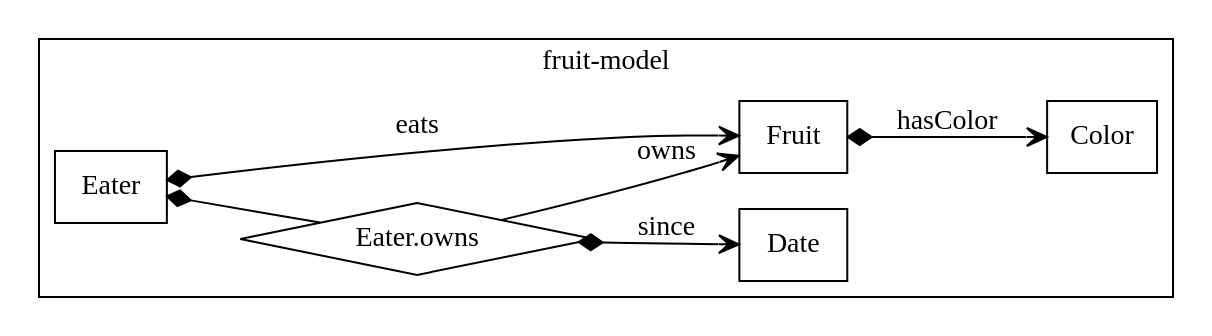
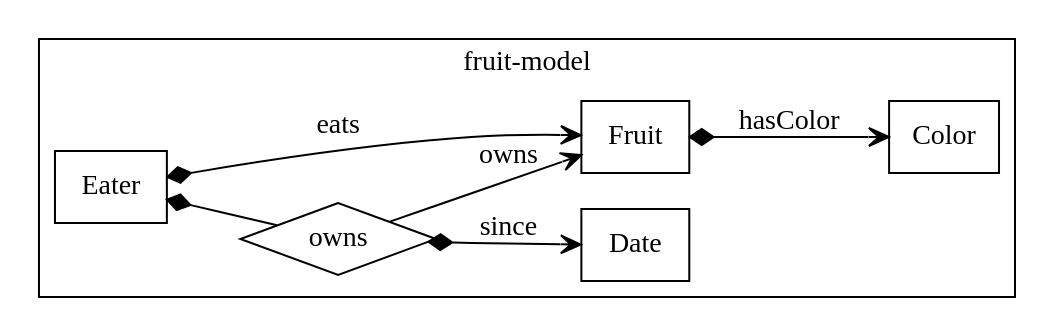
One commit to weaverdgb/weaver-sdk-js changed the fourth of 5 diagrams in models.md. Above: the diagram before and after it, drawn with Graphviz. The commit also changed other lines of this file, not shown here.

````diff
--- a/models.md
+++ b/models.md
@@ -5,17 +114,17 @@
 ```graphviz
 digraph {
   rankdir=LR;
   subgraph cluster_0 {
     label="fruit-model";
     rankdir=LR;
     node [shape = diamond];
-    eaterOwns [label="Eater.owns"];
+    eaterOwns [label="owns"];
     node [shape = box];
     Eater -> Fruit [label=eats; arrowtail=diamond; arrowhead=vee; dir=both];
     Fruit -> Color [label=hasColor; arrowtail=diamond; arrowhead=vee; dir=both];
     Eater -> eaterOwns [label=""; arrowtail=diamond; arrowhead=none; dir=both];
     eaterOwns -> Fruit [label=owns; arrowhead=vee];
     eaterOwns -> Date [label=since; arrowtail=diamond; arrowhead=vee; dir=both];
   }
 }
 ```
````
